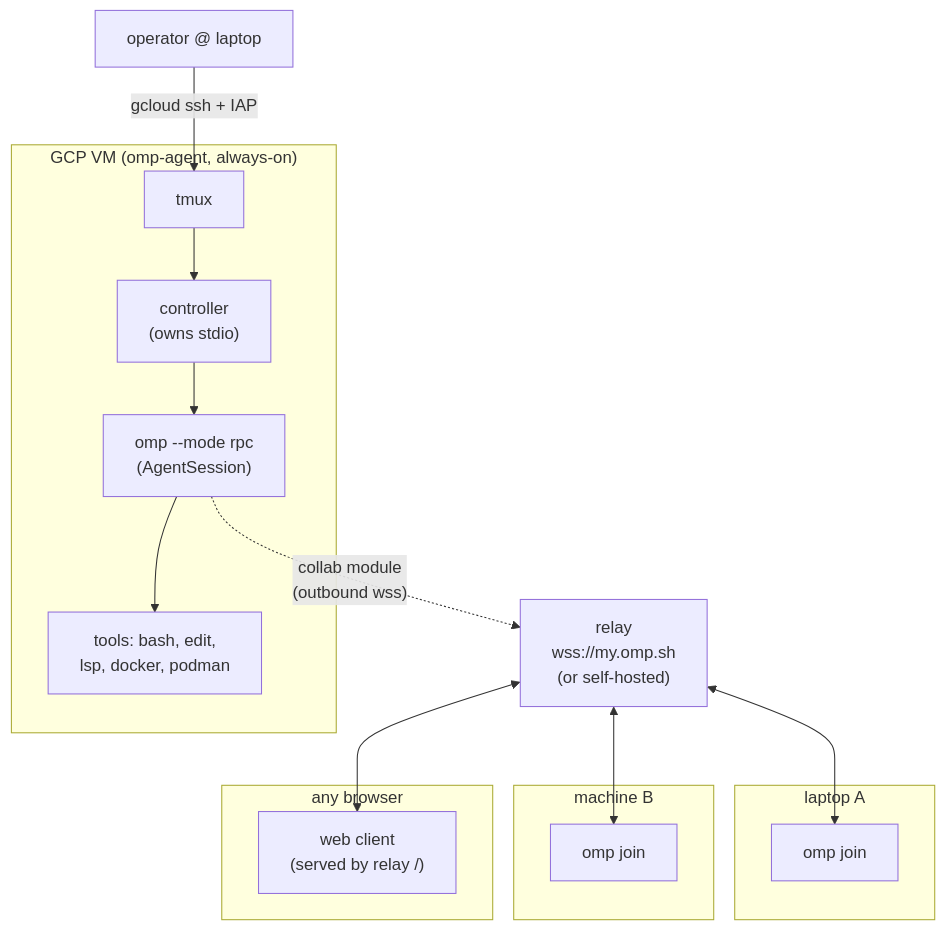
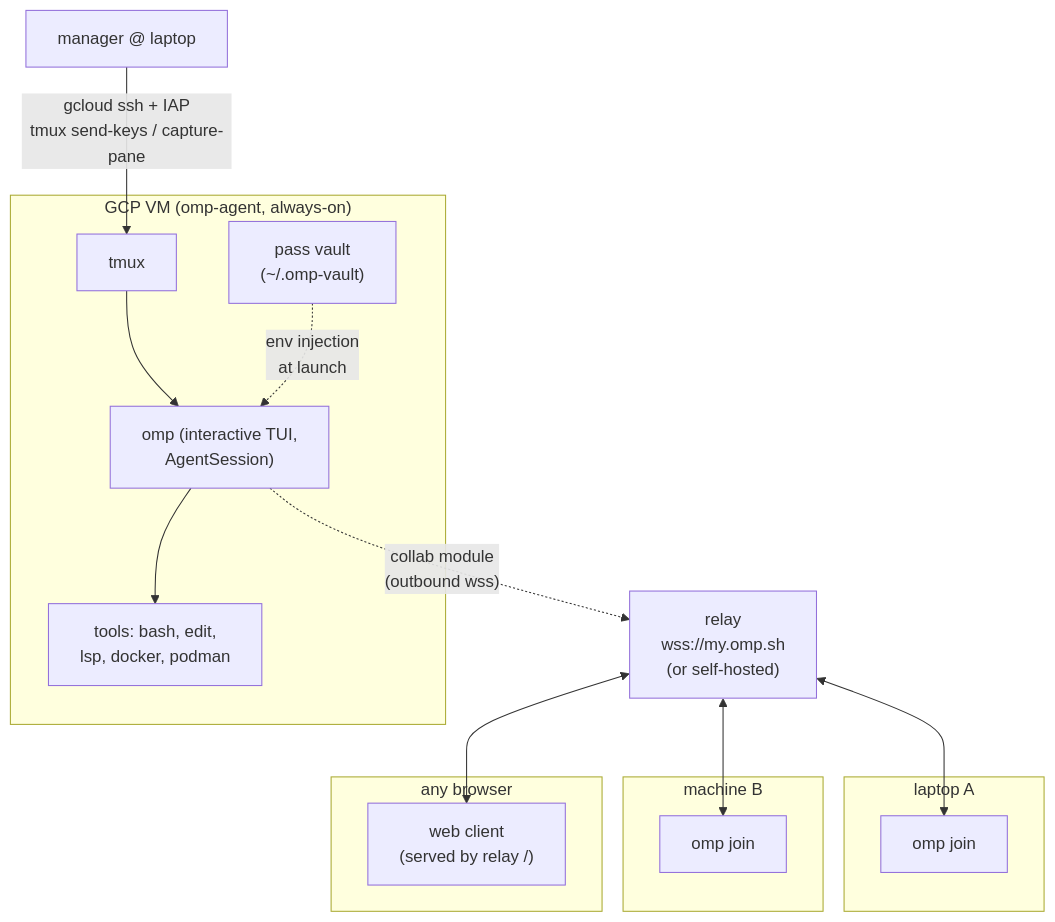
The first of 5 diagrams in ARCHITECTURE.md (james-nesbitt/collab-agent), drawn with Mermaid before and after one commit. The commit also changed other lines of this file and 13 other files, not shown here.

First line of the commit message:
Refactor tooling into administrator/manager roles with credential vault

````diff
--- a/ARCHITECTURE.md
+++ b/ARCHITECTURE.md
@@ -29,25 +39,26 @@
 ```mermaid
 graph TB
   subgraph VM["GCP VM (omp-agent, always-on)"]
     TM["tmux"]
-    CTL["controller<br/>(owns stdio)"]
-    RPC["omp --mode rpc<br/>(AgentSession)"]
+    OMP["omp (interactive TUI,<br/>AgentSession)"]
     TOOLS["tools: bash, edit,<br/>lsp, docker, podman"]
-    TM --> CTL --> RPC --> TOOLS
+    VAULT["pass vault<br/>(~/.omp-vault)"]
+    TM --> OMP --> TOOLS
+    VAULT -. "env injection<br/>at launch" .-> OMP
   end
   RELAY["relay<br/>wss://my.omp.sh<br/>(or self-hosted)"]
   subgraph U1["laptop A"]
     J1["omp join"]
   end
   subgraph U2["machine B"]
     J2["omp join"]
   end
   subgraph U3["any browser"]
     WB["web client<br/>(served by relay /)"]
   end
-  RPC -. "collab module<br/>(outbound wss)" .-> RELAY
+  OMP -. "collab module<br/>(outbound wss)" .-> RELAY
   RELAY <--> J1
   RELAY <--> J2
   RELAY <--> WB
-  OP["operator @ laptop"] -->|"gcloud ssh + IAP"| TM
+  MGR["manager @ laptop"] -->|"gcloud ssh + IAP<br/>tmux send-keys / capture-pane"| TM
 ```
````
